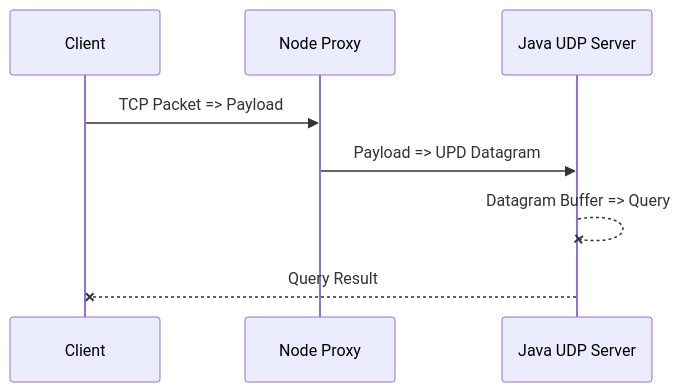
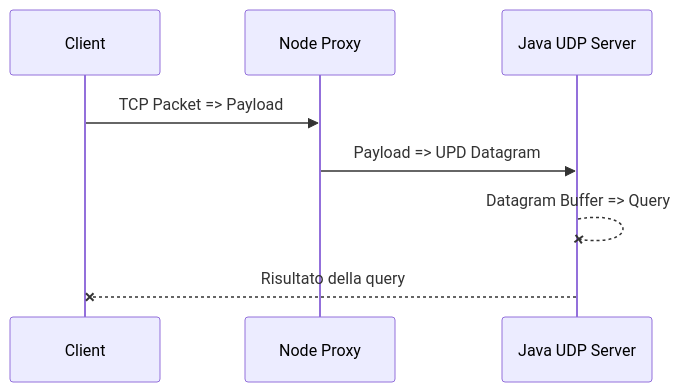
The first of 3 diagrams in SEQUENCEDIAGRAMS.md (LJS360d/auctionsLab), drawn with Mermaid before and after one commit. The commit also changed other lines of this file, not shown here.

Commit message:
Translated Sequence Diagrams

````diff
--- a/SEQUENCEDIAGRAMS.md
+++ b/SEQUENCEDIAGRAMS.md
@@ -6,13 +6,13 @@
 ```mermaid
 
 sequenceDiagram
 
 Client ->> Node Proxy: TCP Packet => Payload
 
 Node Proxy ->>Java UDP Server: Payload => UPD Datagram
 
 Java UDP Server --x Java UDP Server: Datagram Buffer => Query
 
-Java UDP Server--x Client: Query Result
+Java UDP Server--x Client: Risultato della query
 
 ```
````
